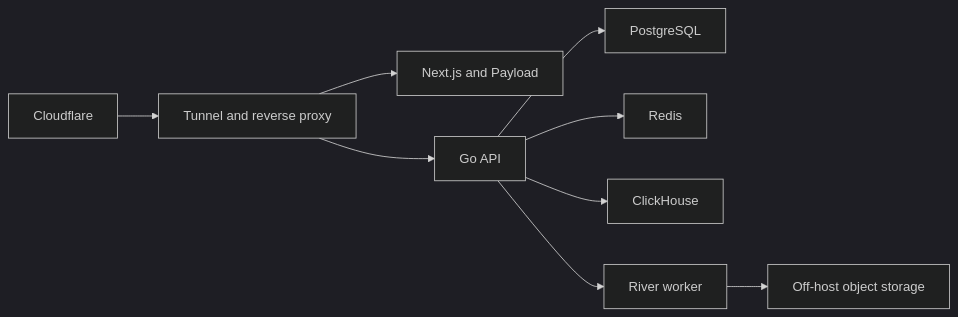
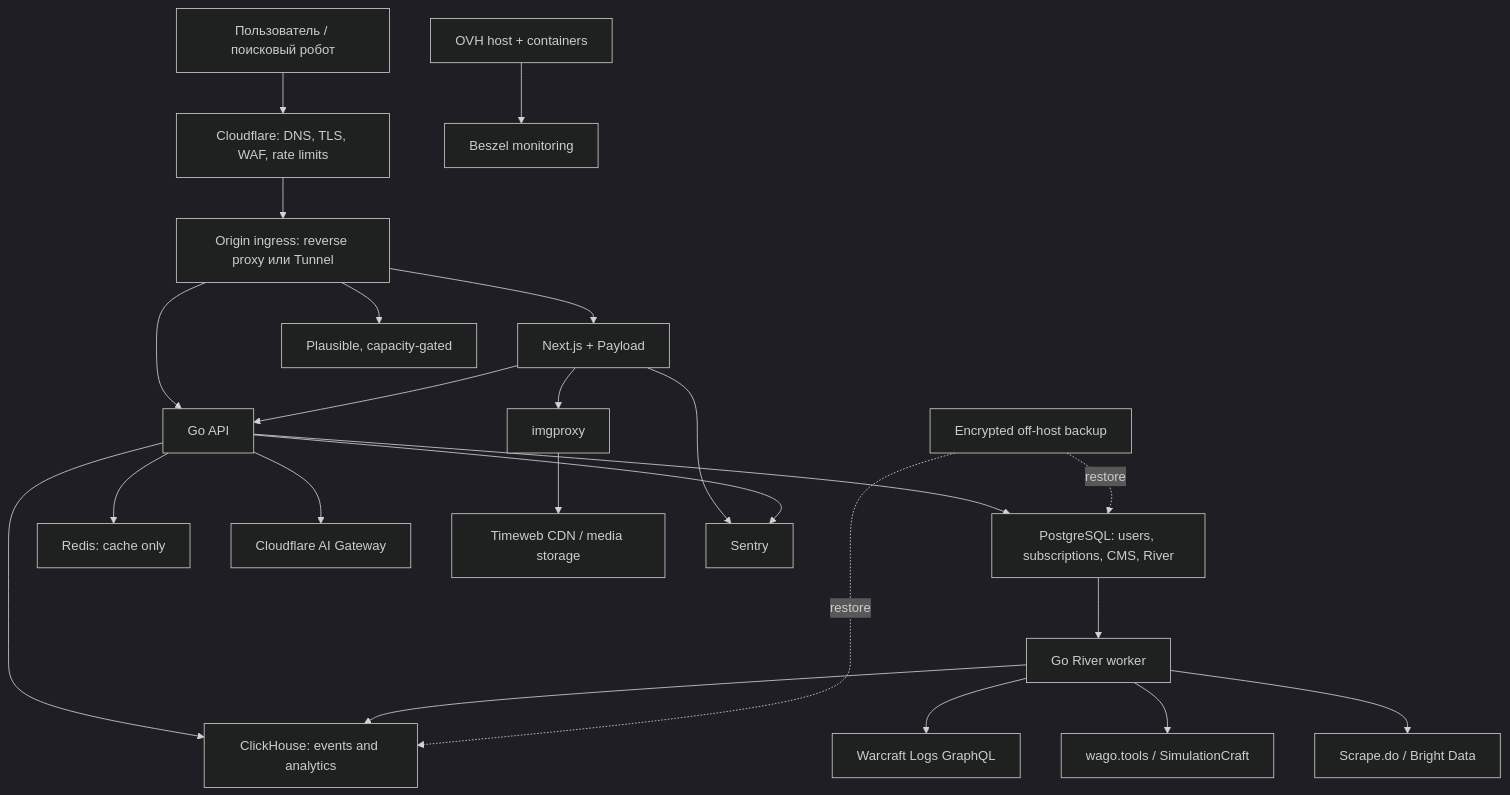
Before and after one commit to Gildra-Foundation/Server: the diagram in docs/architecture.md, drawn with Mermaid (dark theme). The commit also changed other lines of this file and 10 other files, not shown here.

````diff
--- a/docs/architecture.md
+++ b/docs/architecture.md
@@ -6,11 +9,28 @@
 ```mermaid
-flowchart LR
-    CF["Cloudflare"] --> EDGE["Tunnel and reverse proxy"]
-    EDGE --> WEB["Next.js and Payload"]
+flowchart TB
+    USER["Пользователь / поисковый робот"] --> CF["Cloudflare: DNS, TLS, WAF, rate limits"]
+    CF --> EDGE["Origin ingress: reverse proxy или Tunnel"]
+    EDGE --> WEB["Next.js + Payload"]
     EDGE --> API["Go API"]
-    API --> PG["PostgreSQL"]
-    API --> REDIS["Redis"]
-    API --> CH["ClickHouse"]
-    API --> WORKER["River worker"]
-    WORKER --> S3["Off-host object storage"]
+
+    WEB --> API
+    API --> PG["PostgreSQL: users, subscriptions, CMS, River"]
+    API --> REDIS["Redis: cache only"]
+    API --> CH["ClickHouse: events and analytics"]
+    PG --> WORKER["Go River worker"]
+    WORKER --> CH
+
+    WORKER --> WCL["Warcraft Logs GraphQL"]
+    WORKER --> GAME["wago.tools / SimulationCraft"]
+    WORKER --> SCRAPE["Scrape.do / Bright Data"]
+    API --> AI["Cloudflare AI Gateway"]
+
+    WEB --> IMG["imgproxy"]
+    IMG --> CDN["Timeweb CDN / media storage"]
+    WEB --> SENTRY["Sentry"]
+    API --> SENTRY
+    EDGE --> PLAUSIBLE["Plausible, capacity-gated"]
+    HOST["OVH host + containers"] --> BESZEL["Beszel monitoring"]
+    BACKUP["Encrypted off-host backup"] -. restore .-> PG
+    BACKUP -. restore .-> CH
 ```
````
